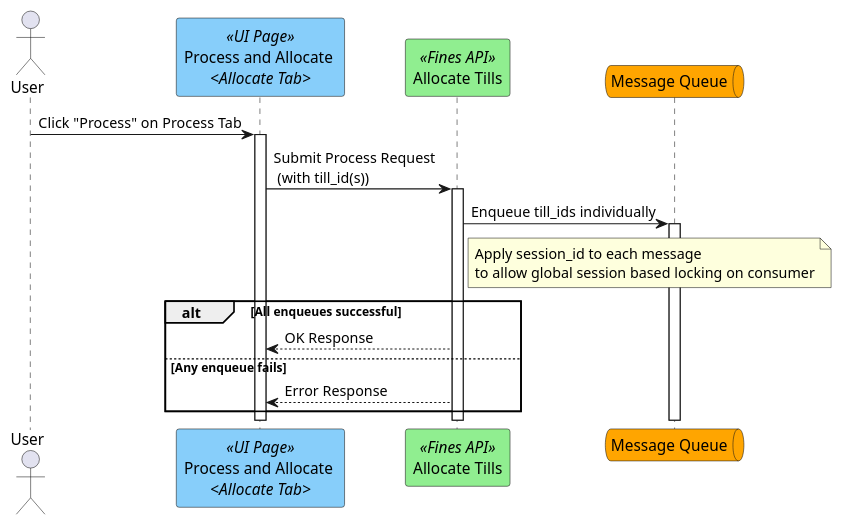
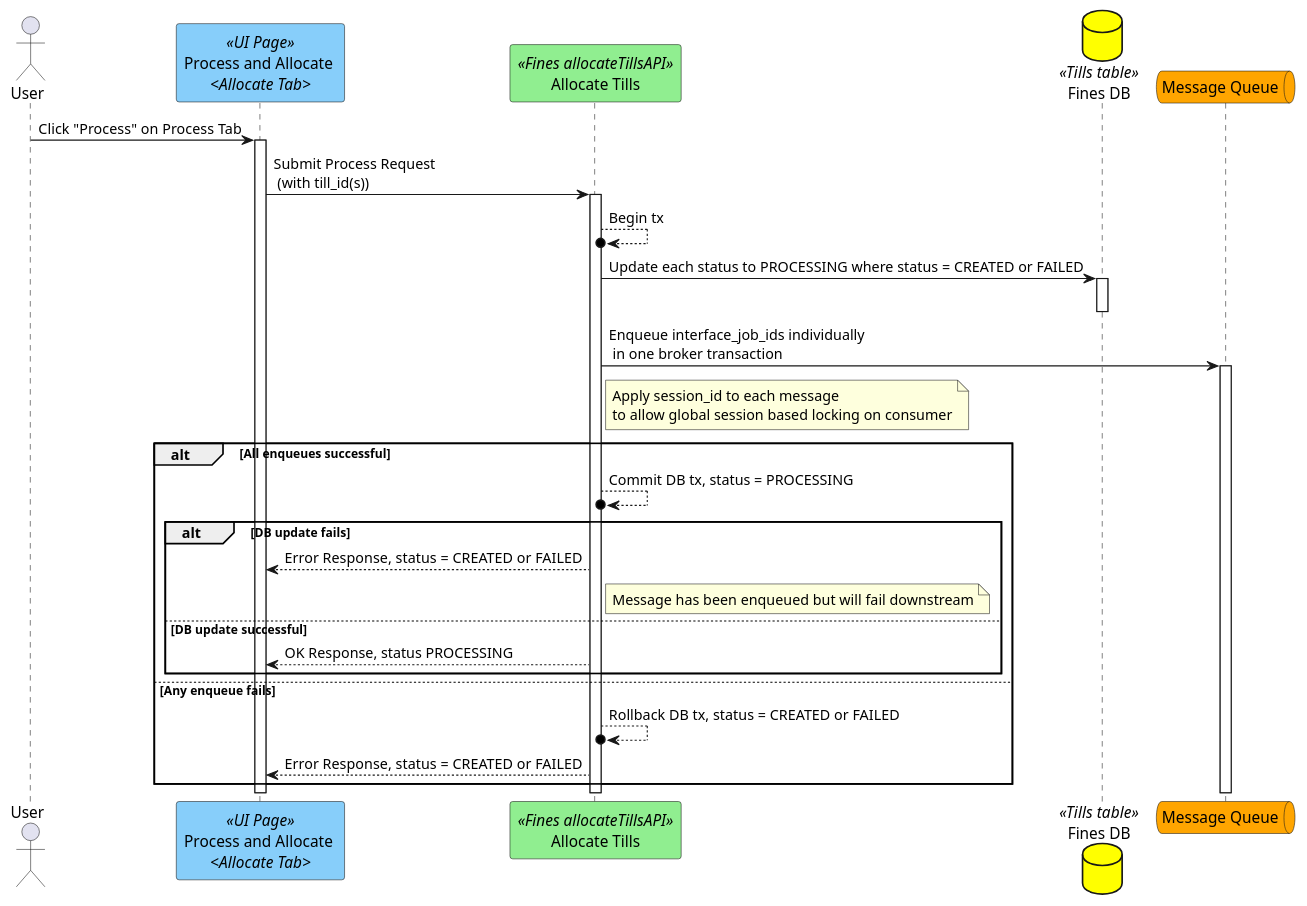
The diagram in plantUML/payments-in/allocate-tills/auto-payments-allocate-tills.puml (hmcts/opal-docs), drawn with PlantUML before and after one commit. The commit also changed 3 other files, not shown here.

```diff
--- a/plantUML/payments-in/allocate-tills/auto-payments-allocate-tills.puml
+++ b/plantUML/payments-in/allocate-tills/auto-payments-allocate-tills.puml
@@ -1,17 +1,27 @@
 @startuml
 actor "User" as user
 participant "Process and Allocate \n<i><Allocate Tab></i>" as process <<UI Page>> #lightskyblue
-participant "Allocate Tills" as processJobs <<Fines API>> #lightgreen
-
+participant "Allocate Tills" as allocateTills <<Fines allocateTillsAPI>> #lightgreen
+database "Fines DB" as db <<Tills table>> #Yellow
 queue Queue as "Message Queue" #Orange
 
 user -> process ++: Click "Process" on Process Tab
-process -> processJobs ++ : Submit Process Request \n (with till_id(s))
-processJobs -> Queue ++: Enqueue till_ids individually
-note right of processJobs: Apply session_id to each message \nto allow global session based locking on consumer
-    alt All enqueues successful
-        processJobs --> process : OK Response
+process -> allocateTills ++ : Submit Process Request \n (with till_id(s))
+allocateTills -->o allocateTills : Begin tx
+allocateTills -> db ++: Update each status to PROCESSING where status = CREATED or FAILED
+deactivate db
+allocateTills -> Queue ++: Enqueue interface_job_ids individually \n in one broker transaction
+note right of allocateTills: Apply session_id to each message \nto allow global session based locking on consumer
+alt All enqueues successful
+        allocateTills -->o allocateTills : Commit DB tx, status = PROCESSING
+        alt DB update fails
+            allocateTills --> process : Error Response, status = CREATED or FAILED
+            note right allocateTills : Message has been enqueued but will fail downstream
+        else DB update successful
+            allocateTills --> process : OK Response, status PROCESSING
+        end
     else Any enqueue fails
-        processJobs --> process : Error Response
+        allocateTills -->o allocateTills :  Rollback DB tx, status = CREATED or FAILED
+        allocateTills --> process : Error Response, status = CREATED or FAILED
     end
 @enduml
```
